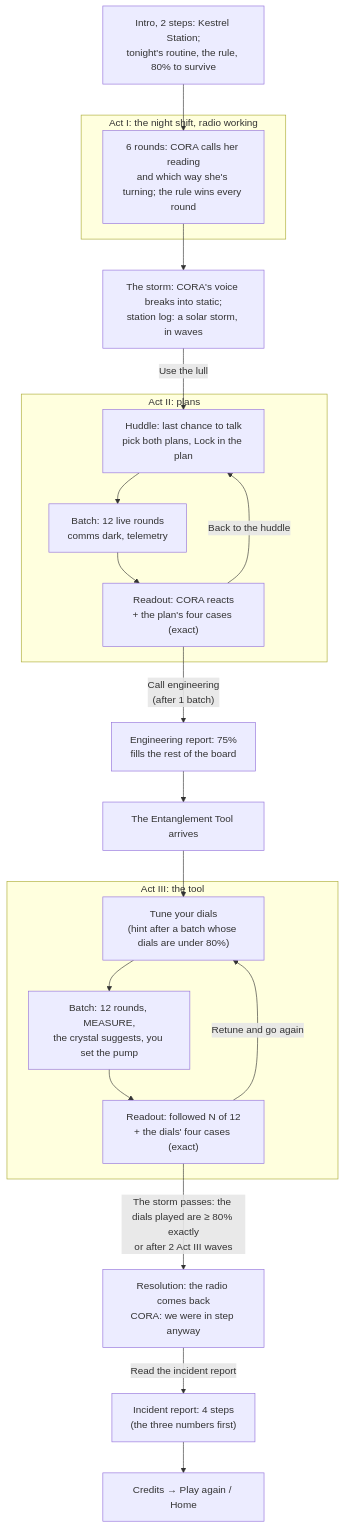
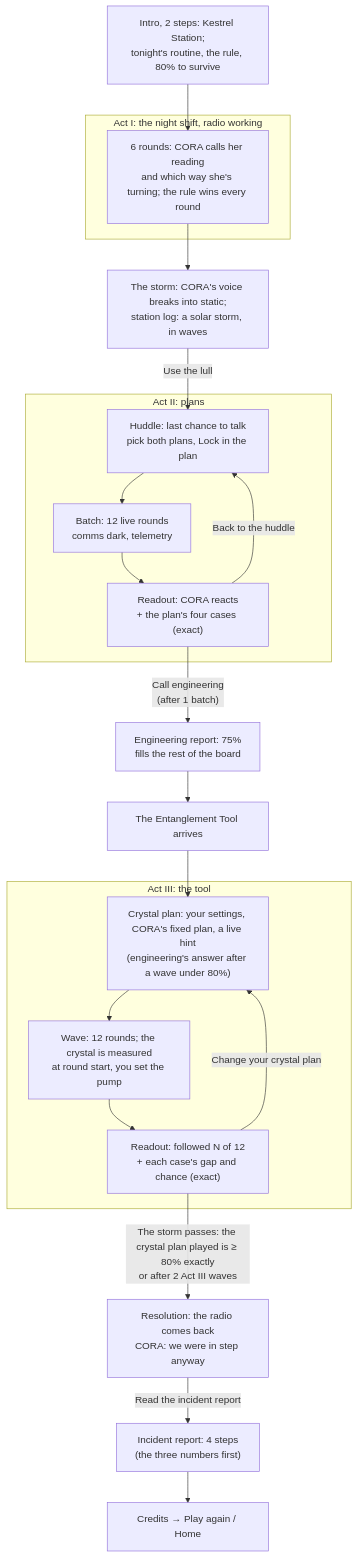
Before and after one commit to PlayableStories/quantum-crew: the diagram in README.md, drawn with Mermaid. The commit also changed other lines of this file and 25 other files, not shown here.

````diff
--- a/README.md
+++ b/README.md
@@ -64,25 +64,25 @@
 ```mermaid
 flowchart TD
   intro["Intro, 2 steps: Kestrel Station;<br/>tonight's routine, the rule, 80% to survive"] --> act1
   subgraph actI ["Act I: the night shift, radio working"]
     act1["6 rounds: CORA calls her reading<br/>and which way she's turning; the rule wins every round"]
   end
   act1 --> storm["The storm: CORA's voice breaks into static;<br/>station log: a solar storm, in waves"]
   storm -- "Use the lull" --> plan
   subgraph act2 ["Act II: plans"]
     plan["Huddle: last chance to talk<br/>pick both plans, Lock in the plan"] --> batch2["Batch: 12 live rounds<br/>comms dark, telemetry"]
     batch2 --> read2["Readout: CORA reacts<br/>+ the plan's four cases (exact)"]
     read2 -- "Back to the huddle" --> plan
   end
   read2 -- "Call engineering<br/>(after 1 batch)" --> ceiling["Engineering report: 75%<br/>fills the rest of the board"]
   ceiling --> tool["The Entanglement Tool arrives"]
   tool --> tune
   subgraph act3 ["Act III: the tool"]
-    tune["Tune your dials<br/>(hint after a batch whose dials are under 80%)"] --> batch3["Batch: 12 rounds, MEASURE,<br/>the crystal suggests, you set the pump"]
-    batch3 --> read3["Readout: followed N of 12<br/>+ the dials' four cases (exact)"]
-    read3 -- "Retune and go again" --> tune
+    tune["Crystal plan: your settings, CORA's fixed plan, a live hint<br/>(engineering's answer after a wave under 80%)"] --> batch3["Wave: 12 rounds; the crystal is measured<br/>at round start, you set the pump"]
+    batch3 --> read3["Readout: followed N of 12<br/>+ each case's gap and chance (exact)"]
+    read3 -- "Change your crystal plan" --> tune
   end
-  read3 -- "The storm passes: the dials played are ≥ 80% exactly<br/>or after 2 Act III waves" --> resolution["Resolution: the radio comes back<br/>CORA: we were in step anyway"]
+  read3 -- "The storm passes: the crystal plan played is ≥ 80% exactly<br/>or after 2 Act III waves" --> resolution["Resolution: the radio comes back<br/>CORA: we were in step anyway"]
   resolution -- "Read the incident report" --> debrief["Incident report: 4 steps<br/>(the three numbers first)"]
   debrief --> credits["Credits → Play again / Home"]
 ```
````
